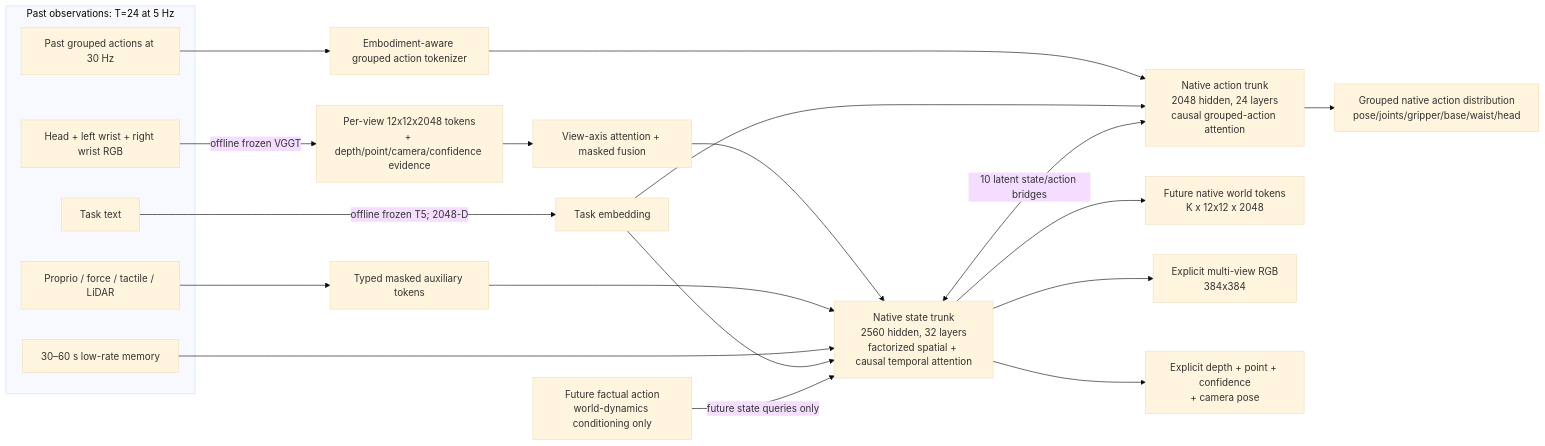
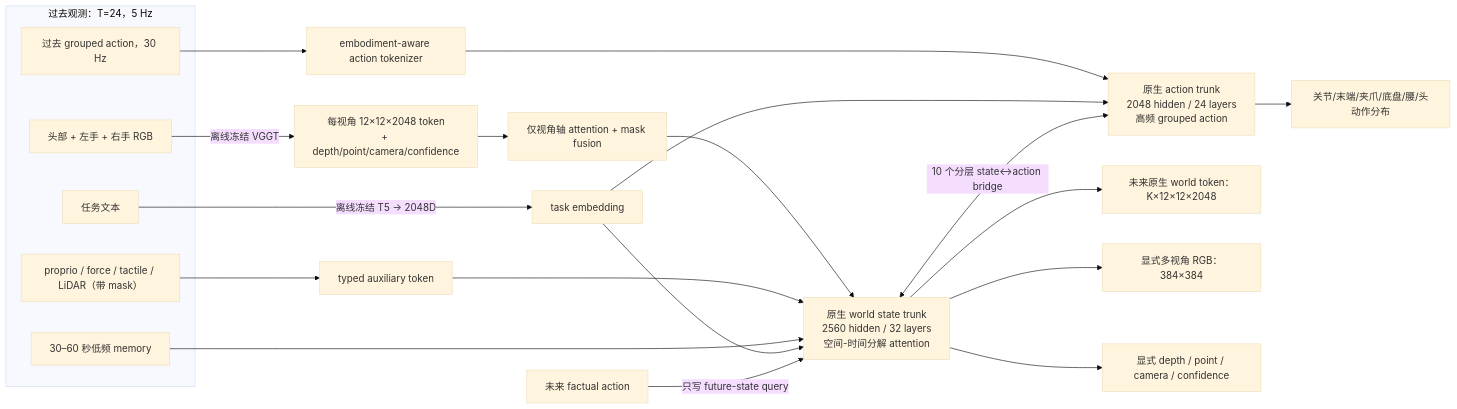
Before and after one commit to wxqnl/world_model: the diagram in wm3d_v7/docs/scale5b/ARCHITECTURE.md, drawn with Mermaid (base theme). The commit also changed other lines of this file and 23 other files, not shown here.

````diff
--- a/wm3d_v7/docs/scale5b/ARCHITECTURE.md
+++ b/wm3d_v7/docs/scale5b/ARCHITECTURE.md
@@ -11,31 +9,35 @@
 ```mermaid
 flowchart LR
-    subgraph OBS["Past observations: T=24 at 5 Hz"]
-      RGB["Head + left wrist + right wrist RGB"]
-      AUX["Proprio / force / tactile / LiDAR"]
-      ACTX["Past grouped actions at 30 Hz"]
-      MEM["30–60 s low-rate memory"]
-      TXT["Task text"]
+    subgraph OBS["过去观测：T=24，5 Hz"]
+      RGB["头部 + 左手 + 右手 RGB"]
+      AUX["proprio / force / tactile / LiDAR（带 mask）"]
+      PACT["过去 grouped action，30 Hz"]
+      MEM["30–60 秒低频 memory"]
+      TXT["任务文本"]
     end
 
-    TXT -->|"offline frozen T5; 2048-D"| TASK["Task embedding"]
-    RGB -->|"offline frozen VGGT"| VG["Per-view 12x12x2048 tokens\n+ depth/point/camera/confidence evidence"]
-    VG --> FUSE["View-axis attention + masked fusion"]
-    AUX --> AUXTOK["Typed masked auxiliary tokens"]
-    ACTX --> ATOK["Embodiment-aware grouped action tokenizer"]
+    TXT -->|"离线冻结 T5 → 2048D"| TASK["task embedding"]
+    RGB -->|"离线冻结 VGGT"| VG["每视角 12×12×2048 token
++ depth/point/camera/confidence"]
+    VG --> FUSE["仅视角轴 attention + mask fusion"]
+    AUX --> AUXTOK["typed auxiliary token"]
+    PACT --> ATOK["embodiment-aware action tokenizer"]
 
-    FUSE --> STATE["Native state trunk\n2560 hidden, 32 layers\nfactorized spatial + causal temporal attention"]
+    FUSE --> STATE["原生 world state trunk
+2560 hidden / 32 layers
+空间-时间分解 attention"]
     AUXTOK --> STATE
     MEM --> STATE
     TASK --> STATE
-    ATOK --> ACTION["Native action trunk\n2048 hidden, 24 layers\ncausal grouped-action attention"]
+    ATOK --> ACTION["原生 action trunk
+2048 hidden / 24 layers
+高频 grouped action"]
     TASK --> ACTION
+    STATE <-->|"10 个分层 state↔action bridge"| ACTION
 
-    STATE <-->|"10 latent state/action bridges"| ACTION
-    FACT["Future factual action\nworld-dynamics conditioning only"] -->|"future state queries only"| STATE
-
-    STATE --> TOK["Future native world tokens\nK x 12x12 x 2048"]
-    STATE --> OUTRGB["Explicit multi-view RGB\n384x384"]
-    STATE --> GEOM["Explicit depth + point + confidence\n+ camera pose"]
-    ACTION --> AOUT["Grouped native action distribution\npose/joints/gripper/base/waist/head"]
+    FACT["未来 factual action"] -->|"只写 future-state query"| STATE
+    STATE --> WTOK["未来原生 world token：K×12×12×2048"]
+    STATE --> RGBOUT["显式多视角 RGB：384×384"]
+    STATE --> GEO["显式 depth / point / camera / confidence"]
+    ACTION --> AOUT["关节/末端/夹爪/底盘/腰/头动作分布"]
 ```
````
